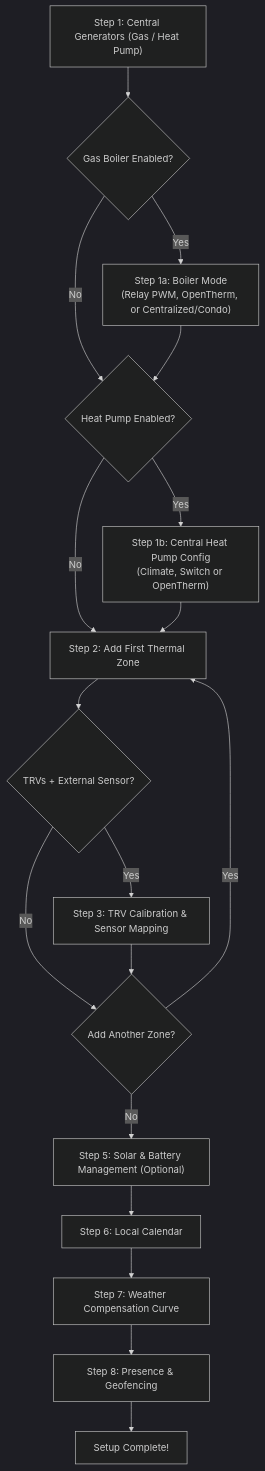
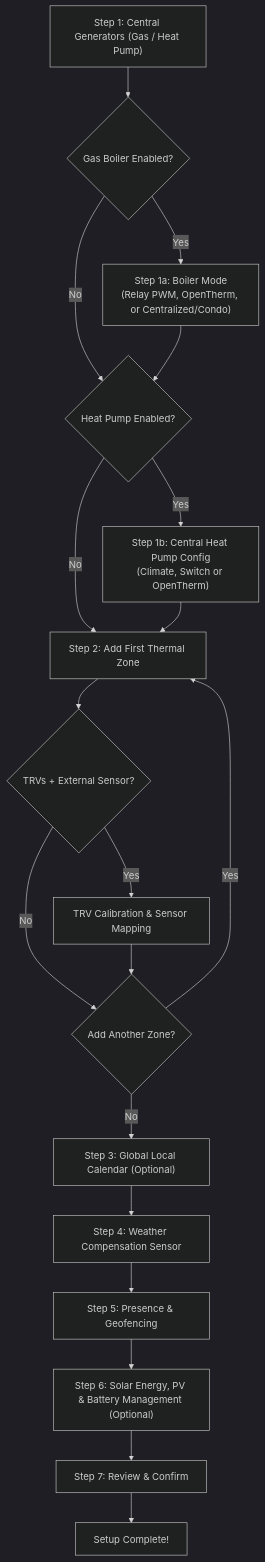
One commit to alex-military/multizone-thermostat changed the diagram in docs/wiki/setup_wizard.md. Above: the diagram before and after it, drawn with Mermaid (dark theme). The commit also changed other lines of this file and 25 other files, not shown here.

Commit message:
docs: update wiki, README and roadmap through v6.0.26

````diff
--- a/docs/wiki/setup_wizard.md
+++ b/docs/wiki/setup_wizard.md
@@ -14,20 +14,21 @@
 ```mermaid
 flowchart TD
     S1["Step 1: Central Generators (Gas / Heat Pump)"] --> S1a{"Gas Boiler Enabled?"}
     S1a -->|Yes| C_Gas["Step 1a: Boiler Mode<br>(Relay PWM, OpenTherm, or Centralized/Condo)"]
     S1a -->|No| S1b{"Heat Pump Enabled?"}
     C_Gas --> S1b
     S1b -->|Yes| C_PDC["Step 1b: Central Heat Pump Config<br>(Climate, Switch or OpenTherm)"]
     S1b -->|No| Zone1["Step 2: Add First Thermal Zone"]
     C_PDC --> Zone1
     Zone1 --> CalibCheck{"TRVs + External Sensor?"}
-    CalibCheck -->|Yes| S3["Step 3: TRV Calibration & Sensor Mapping"]
-    CalibCheck -->|No| S4{"Add Another Zone?"}
-    S3 --> S4
-    S4 -->|Yes| Zone1
-    S4 -->|No| S5["Step 5: Solar & Battery Management (Optional)"]
-    S5 --> S6["Step 6: Local Calendar"]
-    S6 --> S7["Step 7: Weather Compensation Curve"]
-    S7 --> S8["Step 8: Presence & Geofencing"]
-    S8 --> Fine["Setup Complete!"]
+    CalibCheck -->|Yes| S2b["TRV Calibration & Sensor Mapping"]
+    CalibCheck -->|No| S2c{"Add Another Zone?"}
+    S2b --> S2c
+    S2c -->|Yes| Zone1
+    S2c -->|No| S3["Step 3: Global Local Calendar (Optional)"]
+    S3 --> S4["Step 4: Weather Compensation Sensor"]
+    S4 --> S5["Step 5: Presence & Geofencing"]
+    S5 --> S6["Step 6: Solar Energy, PV & Battery Management (Optional)"]
+    S6 --> S7["Step 7: Review & Confirm"]
+    S7 --> Fine["Setup Complete!"]
 ```
````
